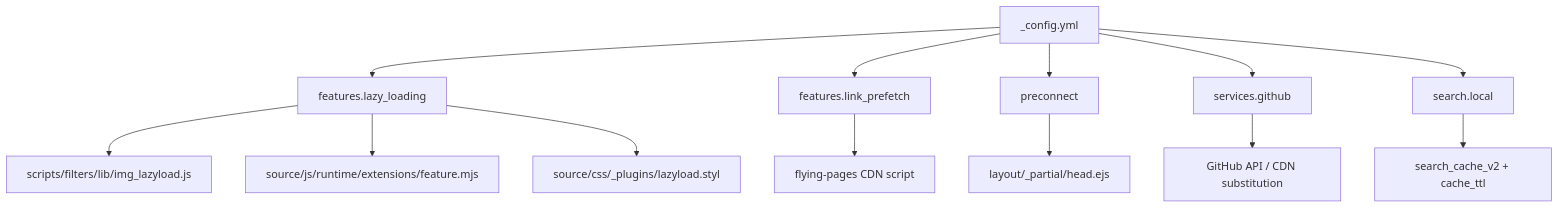
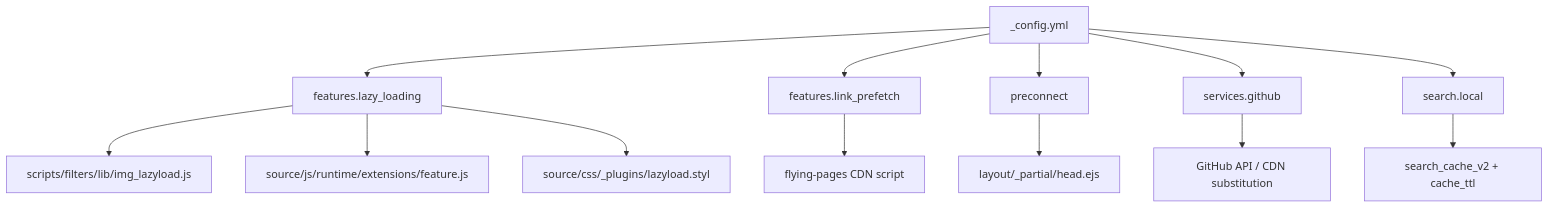
The first of 3 diagrams in docs/knowledge/09-高级主题/performance.md (xaoxuu/hexo-theme-stellar), drawn with Mermaid before and after one commit. The commit also changed other lines of this file and 43 other files, not shown here.

````diff
--- a/docs/knowledge/09-高级主题/performance.md
+++ b/docs/knowledge/09-高级主题/performance.md
@@ -51,20 +51,20 @@
 ```mermaid
 flowchart TD
   A["_config.yml"] --> B["features.lazy_loading"]
   A --> D["features.link_prefetch"]
   A --> E["preconnect"]
   A --> F["services.github"]
   A --> G["search.local"]
 
   B --> B1["scripts/filters/lib/img_lazyload.js"]
-  B --> B2["source/js/runtime/extensions/feature.mjs"]
+  B --> B2["source/js/runtime/extensions/feature.js"]
   B --> B3["source/css/_plugins/lazyload.styl"]
 
   D --> D1["flying-pages CDN script"]
 
   E --> E2["layout/_partial/head.ejs"]
 
   F --> F1["GitHub API / CDN substitution"]
 
   G --> G1["search_cache_v2 + cache_ttl"]
 ```
````
